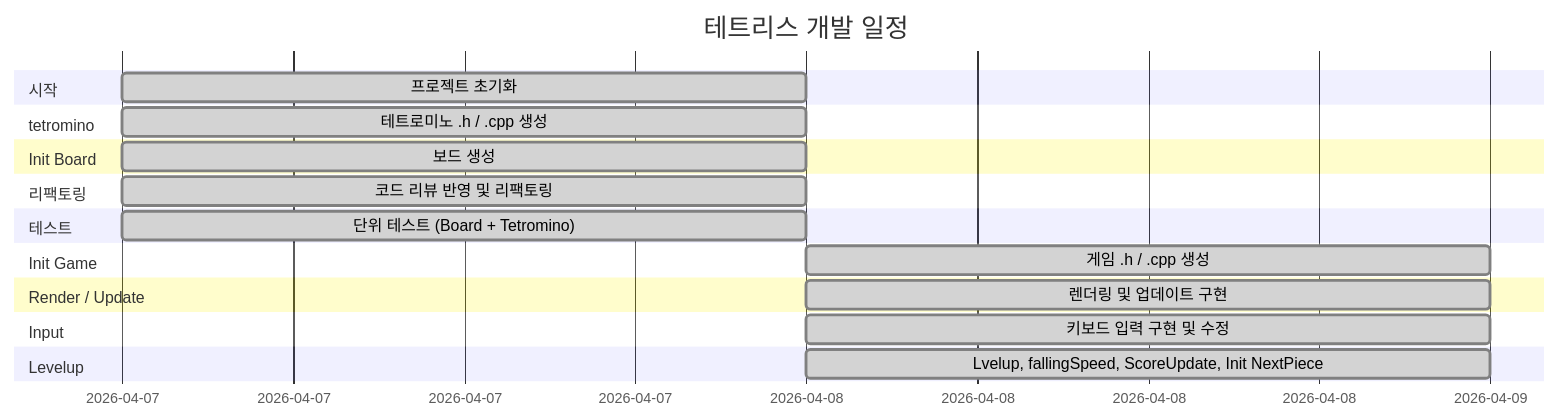
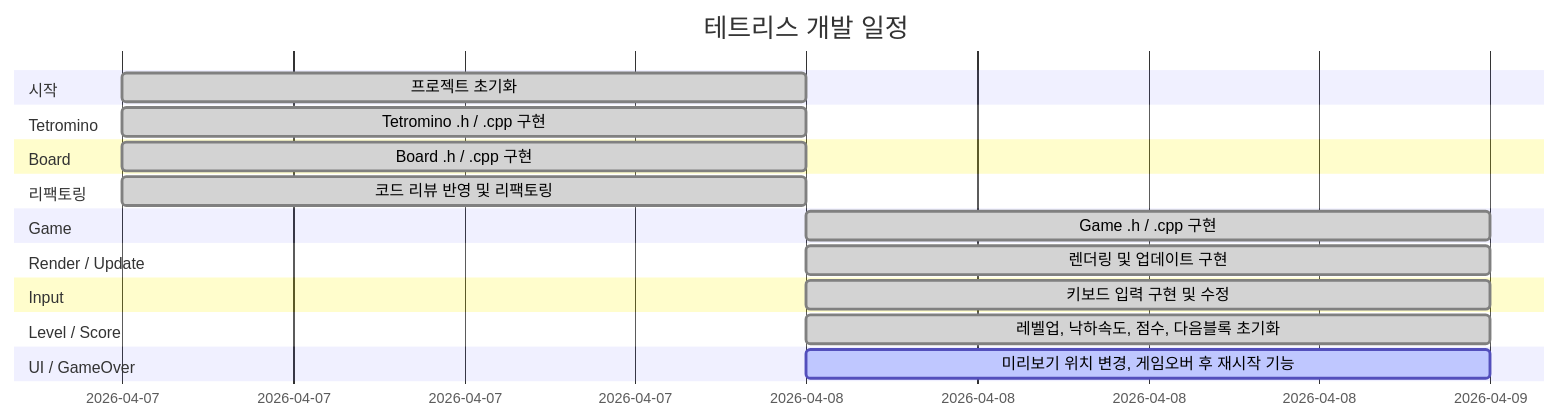
One commit to Chance031/Tetris-cpp changed the diagram in README.md. Above: the diagram before and after it, drawn with Mermaid. The commit also changed other lines of this file, not shown here.

Commit message:
Update Gantt chart and checklist in README

````diff
--- a/README.md
+++ b/README.md
@@ -27,23 +27,23 @@
 ```mermaid
 gantt
-    title 테트리스 개발 일정
-    dateFormat YYYY-MM-DD
-    section 시작
-        프로젝트 초기화 :done, init, 2026-04-07, 1d
-    section tetromino
-        테트로미노 .h / .cpp 생성 :done, t16803, 2026-04-07, 1d
-    section Init Board
-        보드 생성 :done, t84048, 2026-04-07, 1d
-    section 리팩토링
-        코드 리뷰 반영 및 리팩토링 :done, refactor, 2026-04-07, 1d
-    section 테스트
-        단위 테스트 (Board + Tetromino) :done, test, 2026-04-07, 1d
-    section Init Game
-        게임 .h / .cpp 생성 :done, t91896, 2026-04-08, 1d
-    section Render / Update
-        렌더링 및 업데이트 구현 :done, t47867, 2026-04-08, 1d
-    section Input
-        키보드 입력 구현 및 수정 :done, t8258, 2026-04-08, 1d
-    section Levelup
-        Lvelup, fallingSpeed, ScoreUpdate, Init NextPiece :done, t44367, 2026-04-08, 1d
+ title 테트리스 개발 일정
+ dateFormat YYYY-MM-DD
+ section 시작
+ 프로젝트 초기화 :done, init, 2026-04-07, 1d
+ section Tetromino
+ Tetromino .h / .cpp 구현 :done, t16803, 2026-04-07, 1d
+ section Board
+ Board .h / .cpp 구현 :done, t84048, 2026-04-07, 1d
+ section 리팩토링
+ 코드 리뷰 반영 및 리팩토링 :done, refactor, 2026-04-07, 1d
+ section Game
+ Game .h / .cpp 구현 :done, t91896, 2026-04-08, 1d
+ section Render / Update
+ 렌더링 및 업데이트 구현 :done, t47867, 2026-04-08, 1d
+ section Input
+ 키보드 입력 구현 및 수정 :done, t8258, 2026-04-08, 1d
+ section Level / Score
+ 레벨업, 낙하속도, 점수, 다음블록 초기화 :done, t44367, 2026-04-08, 1d
+ section UI / GameOver
+ 미리보기 위치 변경, 게임오버 후 재시작 기능 :active, t55123, 2026-04-08, 1d
 ```
````
